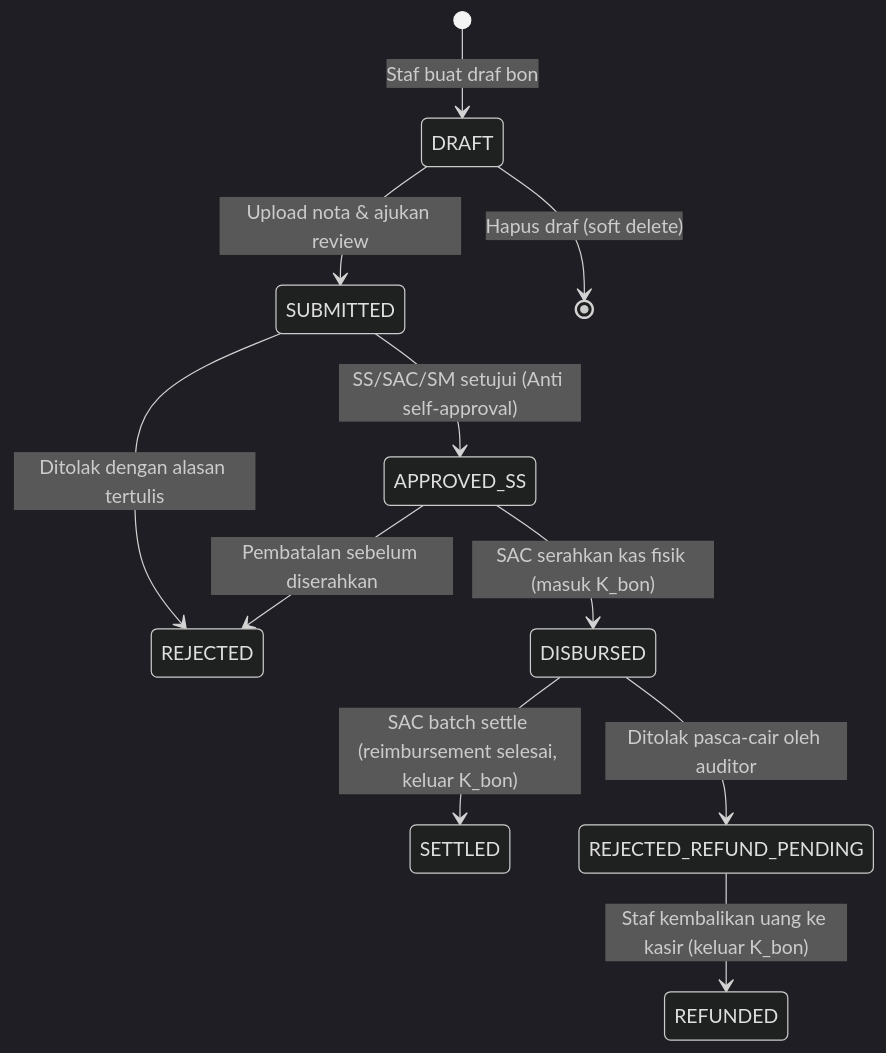
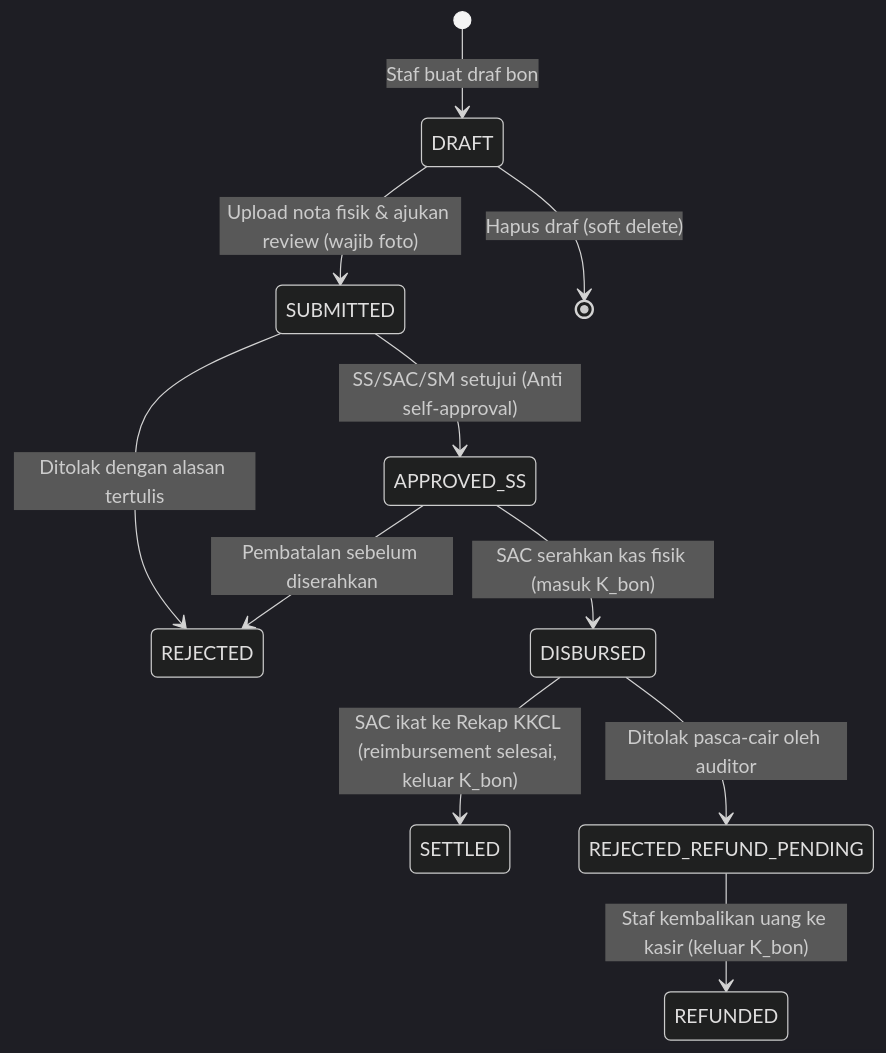
The first of 2 diagrams in MASTER_SYSTEM_SPECIFICATION.md (bintangarama/GCOINS), drawn with Mermaid (dark theme) before and after one commit. The commit also changed other lines of this file and 11 other files, not shown here.

````diff
--- a/MASTER_SYSTEM_SPECIFICATION.md
+++ b/MASTER_SYSTEM_SPECIFICATION.md
@@ -229,17 +237,17 @@
 ```mermaid
 stateDiagram-v2
     [*] --> DRAFT: Staf buat draf bon
-    DRAFT --> SUBMITTED: Upload nota & ajukan review
+    DRAFT --> SUBMITTED: Upload nota fisik & ajukan review (wajib foto)
     DRAFT --> [*]: Hapus draf (soft delete)
 
     SUBMITTED --> APPROVED_SS: SS/SAC/SM setujui (Anti self-approval)
     SUBMITTED --> REJECTED: Ditolak dengan alasan tertulis
 
     APPROVED_SS --> DISBURSED: SAC serahkan kas fisik (masuk K_bon)
     APPROVED_SS --> REJECTED: Pembatalan sebelum diserahkan
 
-    DISBURSED --> SETTLED: SAC batch settle (reimbursement selesai, keluar K_bon)
+    DISBURSED --> SETTLED: SAC ikat ke Rekap KKCL (reimbursement selesai, keluar K_bon)
     DISBURSED --> REJECTED_REFUND_PENDING: Ditolak pasca-cair oleh auditor
 
     REJECTED_REFUND_PENDING --> REFUNDED: Staf kembalikan uang ke kasir (keluar K_bon)
 ```
````
